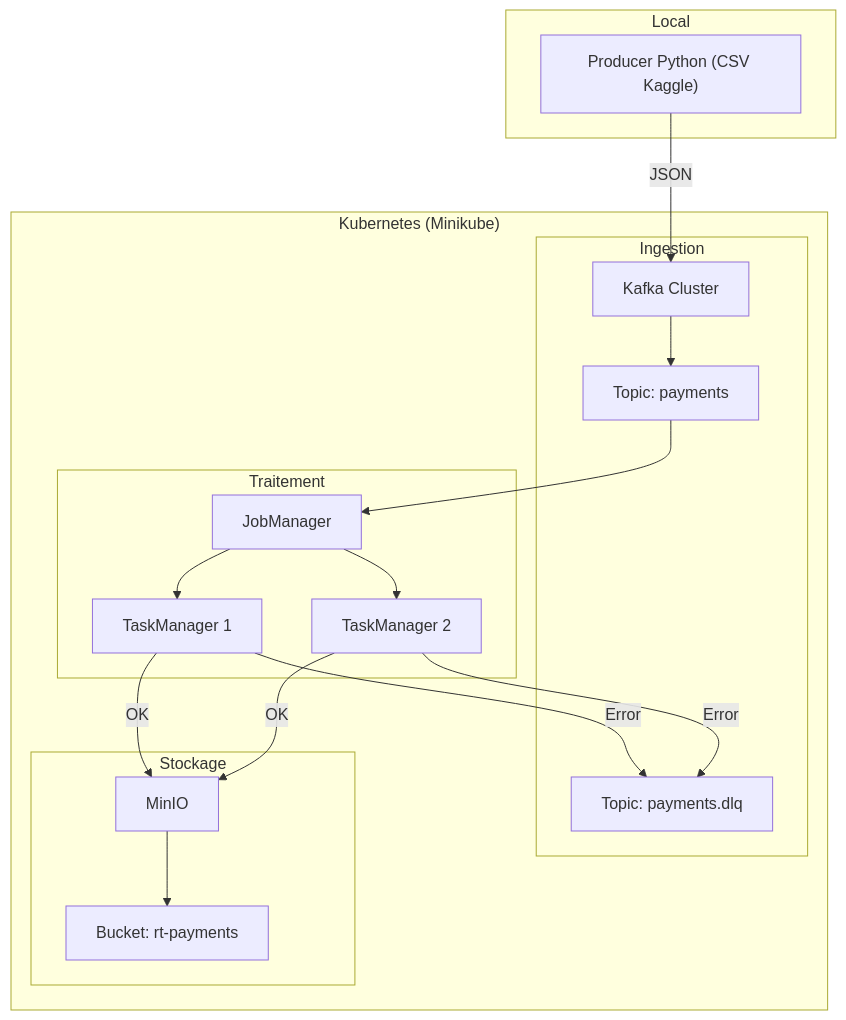
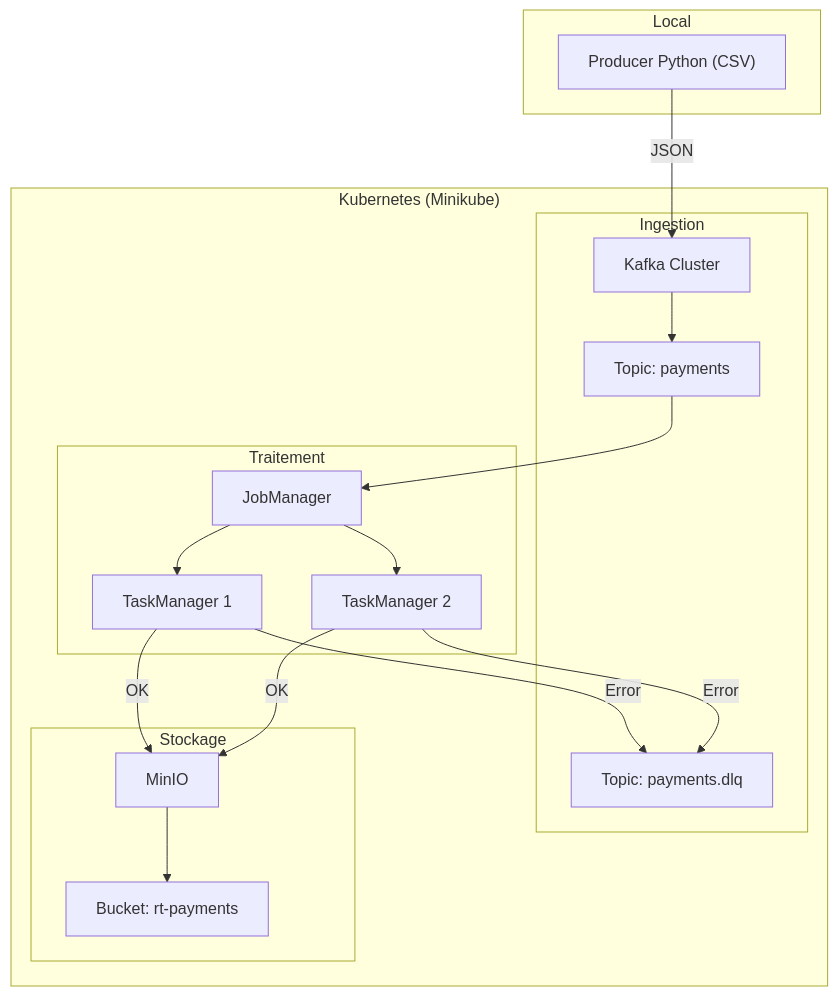
One commit to YounesLD10/DGS-Streaming changed the first of 2 diagrams in README.md. Above: the diagram before and after it, drawn with Mermaid. The commit also changed other lines of this file, not shown here.

````diff
--- a/README.md
+++ b/README.md
@@ -30,40 +30,40 @@
 ```mermaid
 flowchart TB
     subgraph LOCAL["Local"]
-        P["Producer Python (CSV Kaggle)"]
+        P["Producer Python (CSV)"]
     end
 
     subgraph K8S["Kubernetes (Minikube)"]
 
         subgraph ING["Ingestion"]
             K["Kafka Cluster"]
             T1["Topic: payments"]
             T2["Topic: payments.dlq"]
         end
 
         subgraph PROC["Traitement"]
             JM["JobManager"]
             TM1["TaskManager 1"]
             TM2["TaskManager 2"]
         end
 
         subgraph STOR["Stockage"]
             M["MinIO"]
             B["Bucket: rt-payments"]
         end
     end
 
     P -->|JSON| K
     K --> T1
     T1 --> JM
     JM --> TM1
     JM --> TM2
 
     TM1 -->|OK| M
     TM2 -->|OK| M
 
     TM1 -->|Error| T2
     TM2 -->|Error| T2
 
     M --> B
 ```
````
